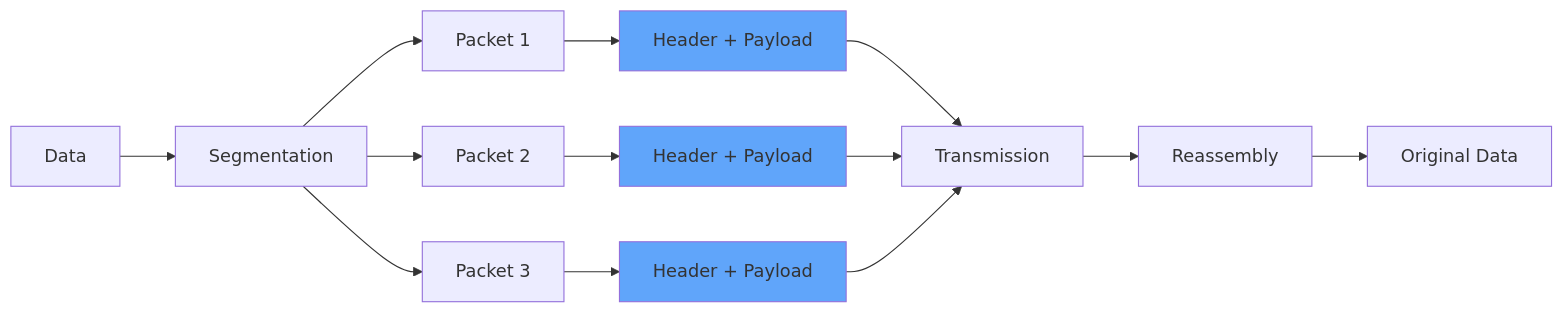
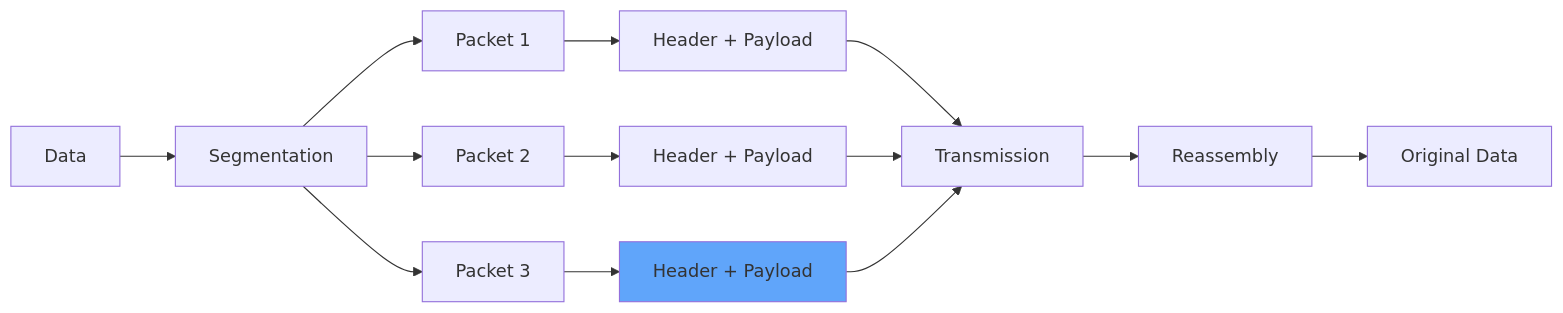
One commit to TechnoBureau/docs changed the first of 8 diagrams in linux/introduction_about_computer_network.mdx. Above: the diagram before and after it, drawn with Mermaid. The commit also changed 5 other files, not shown here.

````diff
--- a/linux/introduction_about_computer_network.mdx
+++ b/linux/introduction_about_computer_network.mdx
@@ -45,19 +45,17 @@
 ```mermaid
 graph LR
     A[Data] --> B[Segmentation]
     B --> C[Packet 1]
     B --> D[Packet 2]
     B --> E[Packet 3]
     C --> F[Header + Payload]
     D --> G[Header + Payload]
     E --> H[Header + Payload]
     F --> I[Transmission]
     G --> I
     H --> I
     I --> J[Reassembly]
     J --> K[Original Data]
 
-    style F fill:#60a5fa
-    style G fill:#60a5fa
     style H fill:#60a5fa
 ```
````
